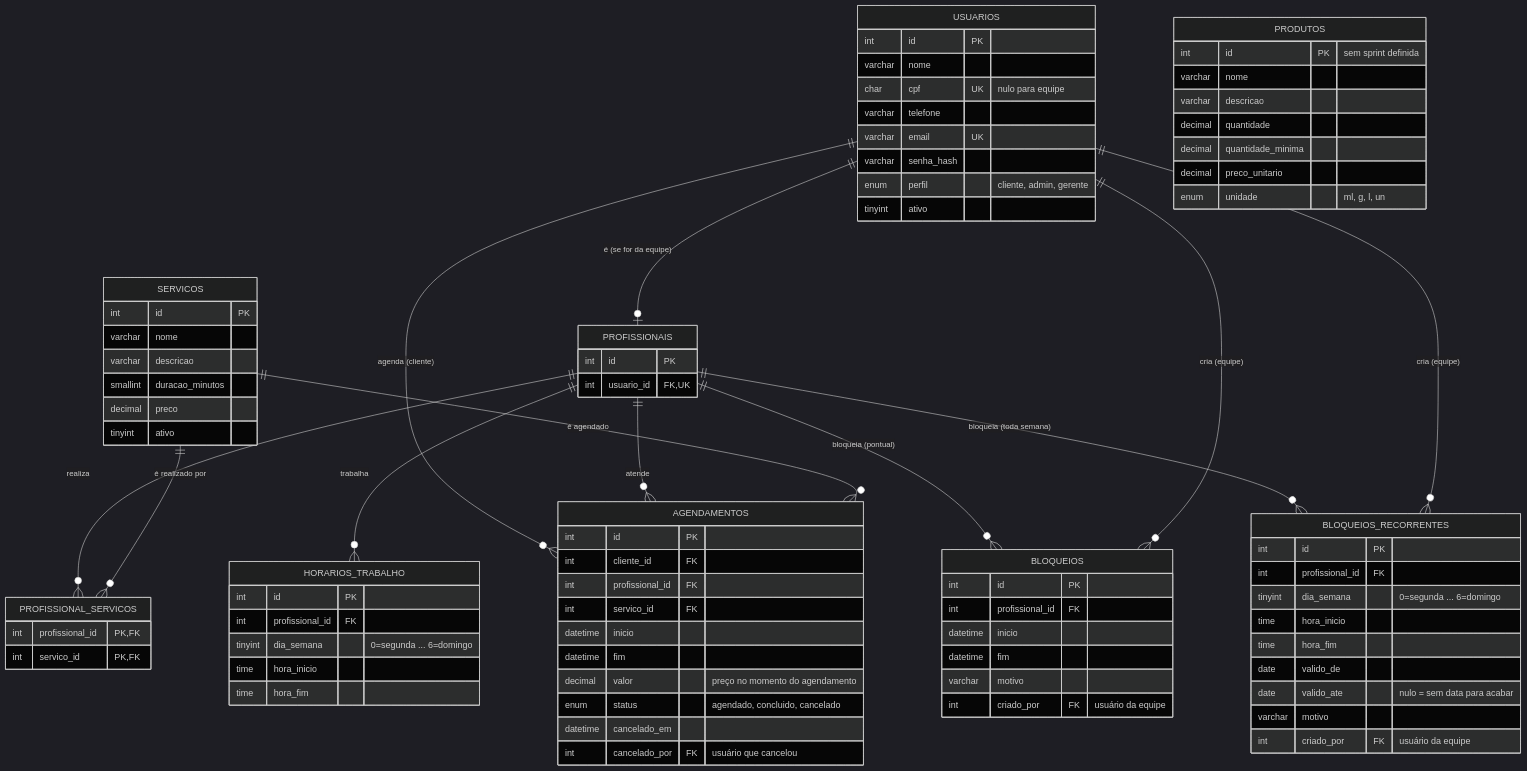
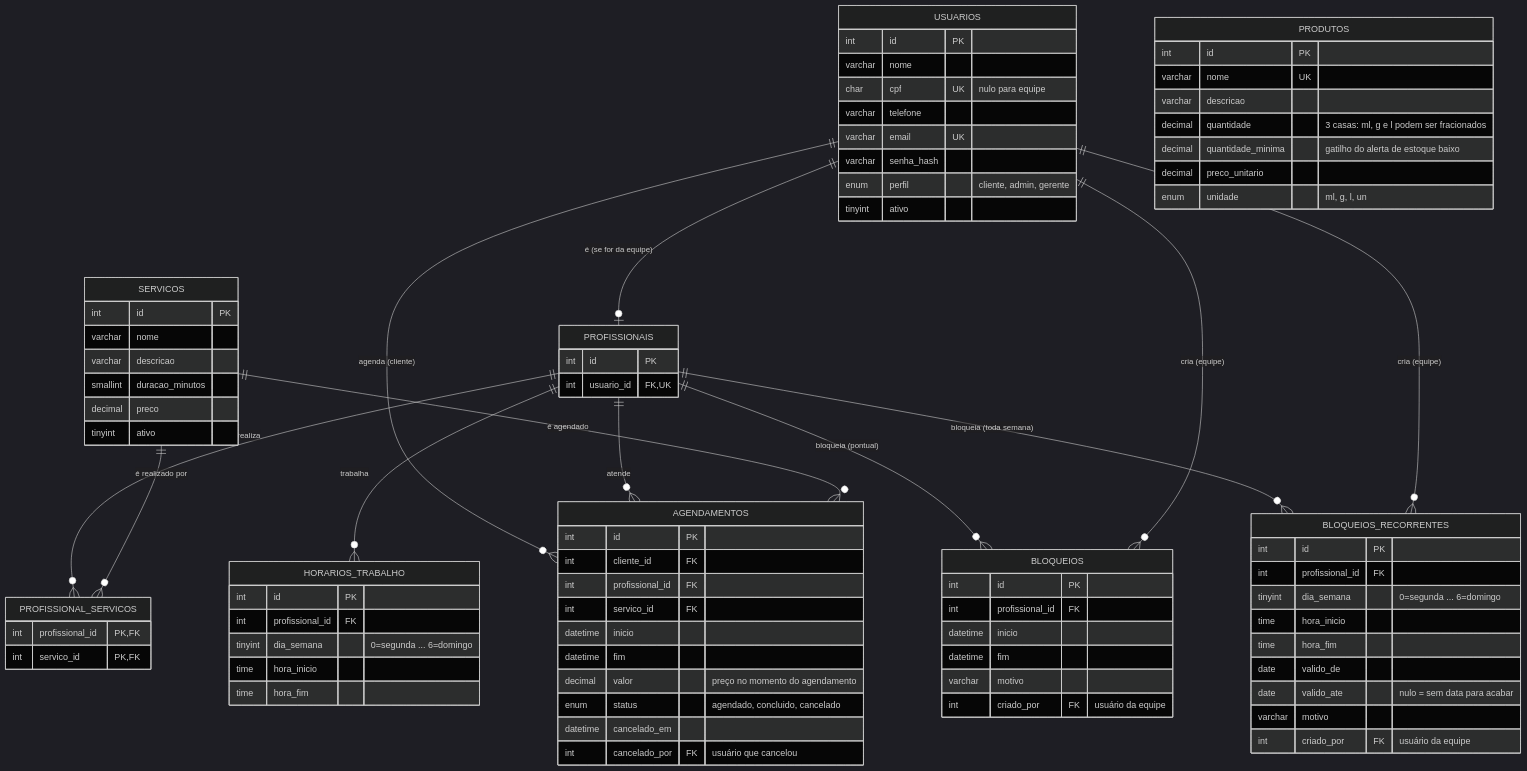
Before and after one commit to PI-6/PI-VI-2026: the diagram in docs/mer.md, drawn with Mermaid (dark theme). The commit also changed other lines of this file and 2 other files, not shown here.

Commit message:
feat(banco): migration 004 com a tabela de produtos do estoque (#68)
Segue a entidade PRODUTOS do MER: quantidade e quantidade mínima com 3
casas decimais (ml, g e l fracionados), nome único e sem exclusão, como
pede o RF09. O seed ganha seis produtos, dois abaixo do mínimo.

```diff
--- a/docs/mer.md
+++ b/docs/mer.md
@@ -93,11 +93,11 @@
         int criado_por FK "usuário da equipe"
     }
     PRODUTOS {
-        int id PK "sem sprint definida"
-        varchar nome
+        int id PK
+        varchar nome UK
         varchar descricao
-        decimal quantidade
-        decimal quantidade_minima
+        decimal quantidade "3 casas: ml, g e l podem ser fracionados"
+        decimal quantidade_minima "gatilho do alerta de estoque baixo"
         decimal preco_unitario
         enum unidade "ml, g, l, un"
     }
```
